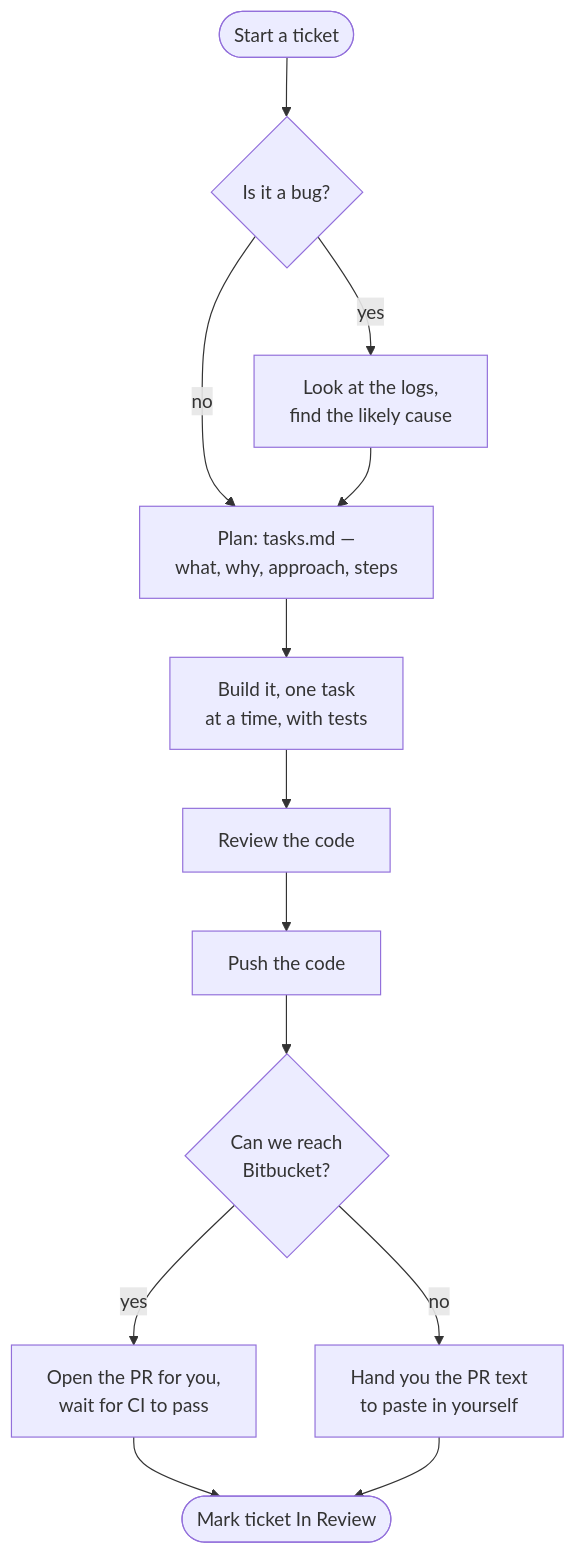
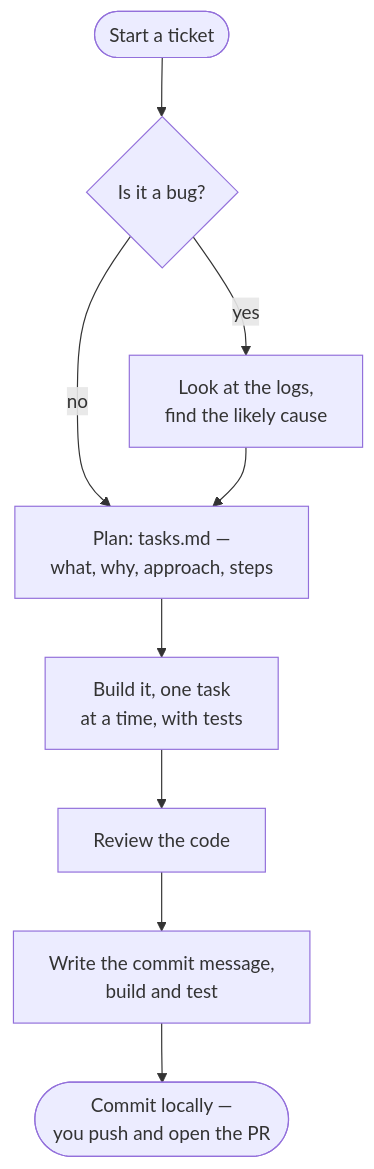
Before and after one commit to saraths-99/github-workflow: the first of 2 diagrams in docs/workflow-design.md, drawn with Mermaid. The commit also changed other lines of this file and 13 other files, not shown here.

````diff
--- a/docs/workflow-design.md
+++ b/docs/workflow-design.md
@@ -32,15 +32,11 @@
 ```mermaid
 flowchart TD
     A([Start a ticket]) --> B{Is it a bug?}
     B -- yes --> C[Look at the logs,<br/>find the likely cause]
     B -- no --> D
     C --> D[Plan: tasks.md —<br/>what, why, approach, steps]
     D --> F[Build it, one task<br/>at a time, with tests]
     F --> G[Review the code]
-    G --> H[Push the code]
-    H --> I{Can we reach<br/>Bitbucket?}
-    I -- yes --> J[Open the PR for you,<br/>wait for CI to pass]
-    I -- no --> K[Hand you the PR text<br/>to paste in yourself]
-    J --> L([Mark ticket In Review])
-    K --> L
+    G --> H[Write the commit message,<br/>build and test]
+    H --> I([Commit locally —<br/>you push and open the PR])
 ```
````
